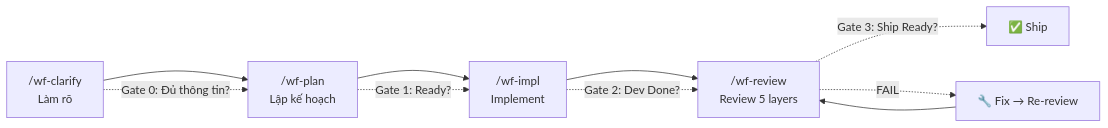
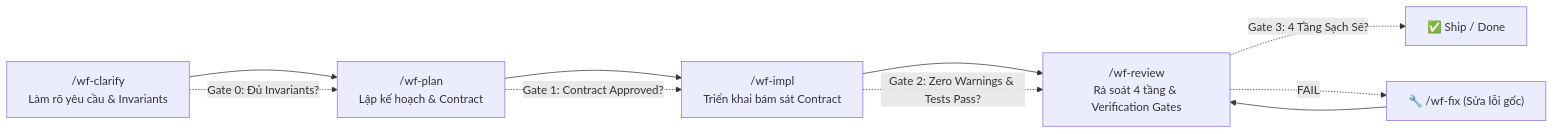
One commit to Sonleeee/Agent-Dev-Kit changed the third of 4 diagrams in HowItWorks.md. Above: the diagram before and after it, drawn with Mermaid. The commit also changed other lines of this file and 8 other files, not shown here.

````diff
--- a/HowItWorks.md
+++ b/HowItWorks.md
@@ -91,13 +91,13 @@
 ```mermaid
 flowchart LR
-    C["/wf-clarify<br/>Làm rõ"] --> P["/wf-plan<br/>Lập kế hoạch"]
-    P --> I["/wf-impl<br/>Implement"]
-    I --> R["/wf-review<br/>Review 5 layers"]
+    C["/wf-clarify<br/>Làm rõ yêu cầu & Invariants"] --> P["/wf-plan<br/>Lập kế hoạch & Contract"]
+    P --> I["/wf-impl<br/>Triển khai bám sát Contract"]
+    I --> R["/wf-review<br/>Rà soát 4 tầng & Verification Gates"]
   
-    C -.->|Gate 0: Đủ thông tin?| P
-    P -.->|Gate 1: Ready?| I
-    I -.->|Gate 2: Dev Done?| R
-    R -.->|Gate 3: Ship Ready?| SHIP["✅ Ship"]
-    R -.->|FAIL| FIX["🔧 Fix → Re-review"]
+    C -.->|Gate 0: Đủ Invariants?| P
+    P -.->|Gate 1: Contract Approved?| I
+    I -.->|Gate 2: Zero Warnings & Tests Pass?| R
+    R -.->|Gate 3: 4 Tầng Sạch Sẽ?| SHIP["✅ Ship / Done"]
+    R -.->|FAIL| FIX["🔧 /wf-fix (Sửa lỗi gốc)"]
     FIX --> R
 ```
````
